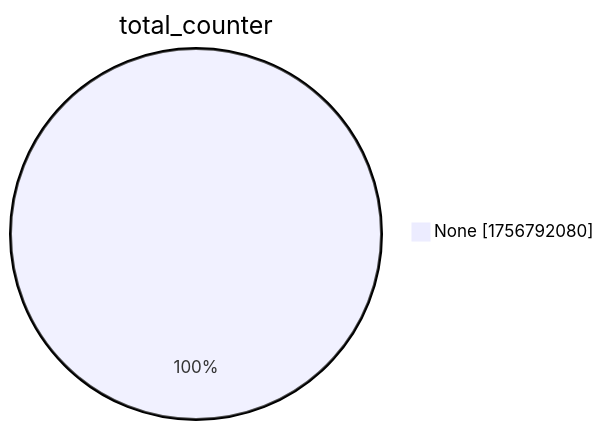
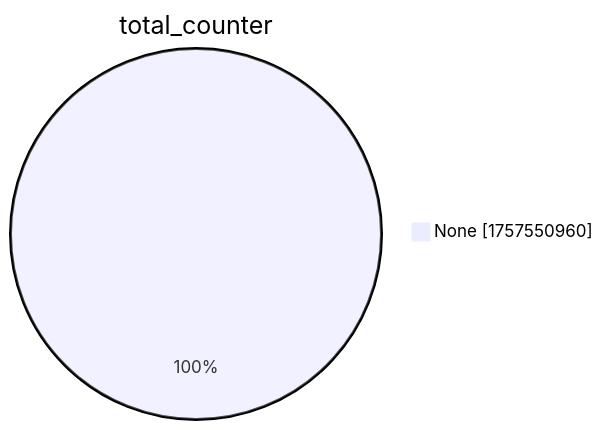
Before and after one commit to christiankrug/ctmonitor_visualization: the second of 15 diagrams in xenon2022/README.md, drawn with Mermaid. The commit also changed other lines of this file, not shown here.

````diff
--- a/xenon2022/README.md
+++ b/xenon2022/README.md
@@ -9,5 +9,5 @@
 ```mermaid
 pie showData
 title total_counter
-"None" :1756792080
+"None" :1757550960
 ```
````
